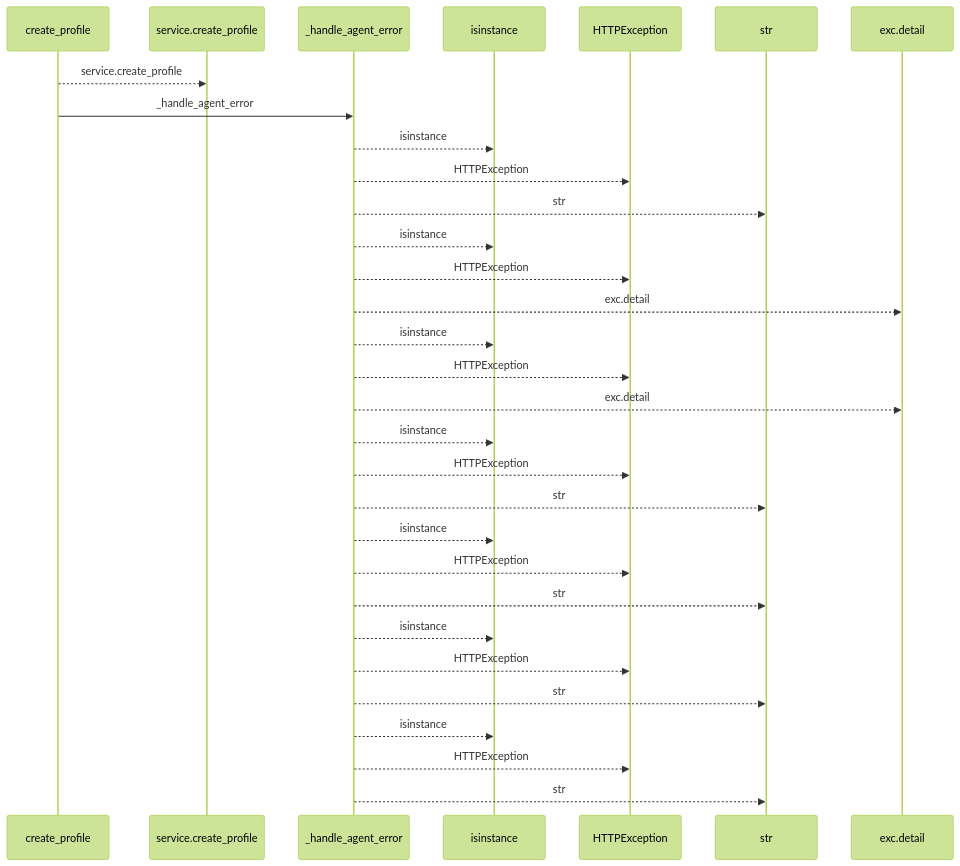
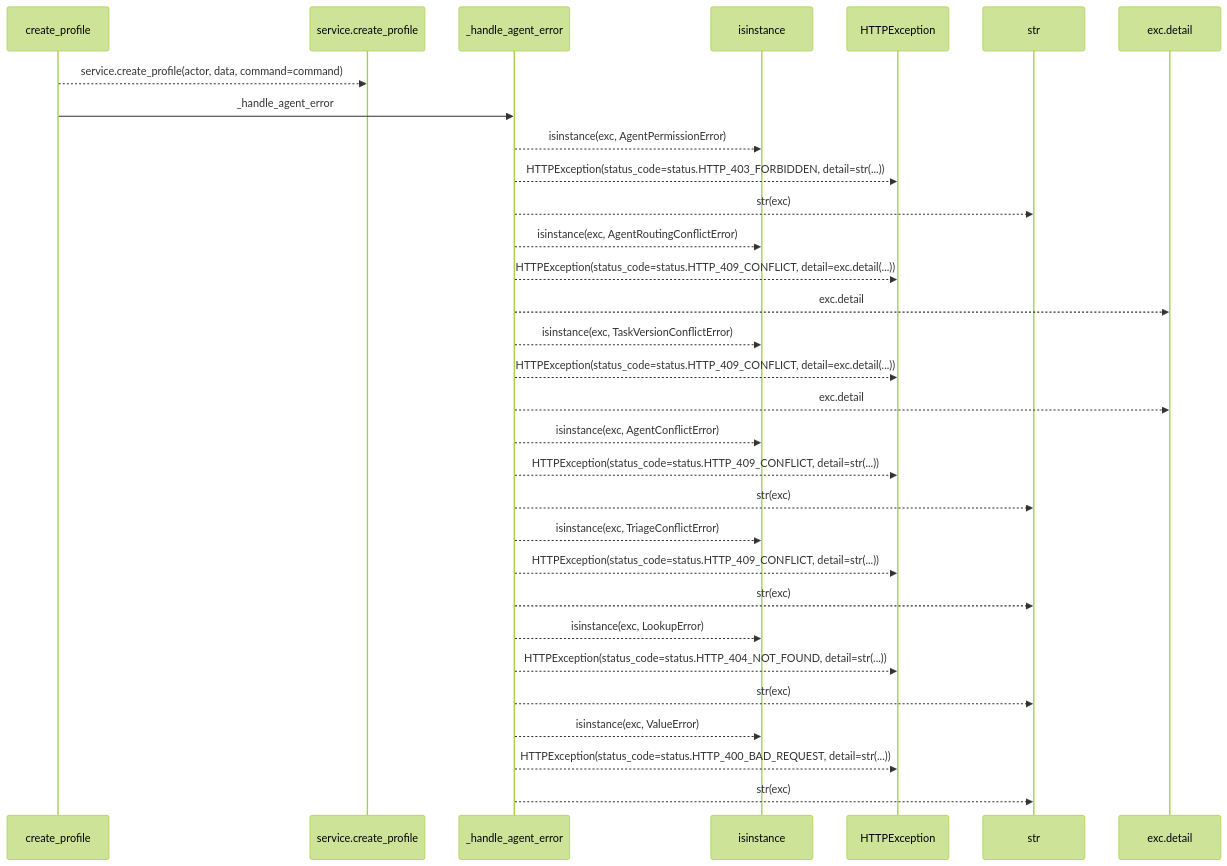
One commit to Denissvgn/WorkChord changed the first of 2 diagrams in docs/llm_wiki/flows/http-create_profile.md. Above: the diagram before and after it, drawn with Mermaid (forest theme). The commit also changed other lines of this file and 25171 other files, not shown here.

````diff
--- a/docs/llm_wiki/flows/http-create_profile.md
+++ b/docs/llm_wiki/flows/http-create_profile.md
@@ -10,33 +12,33 @@
 ```mermaid
 sequenceDiagram
     participant p0 as create_profile
     participant p1 as service.create_profile
     participant p2 as _handle_agent_error
     participant p3 as isinstance
     participant p4 as HTTPException
     participant p5 as str
     participant p6 as exc.detail
-    p0-->>p1: service.create_profile
+    p0-->>p1: service.create_profile(actor, data, command=command)
     p0->>p2: _handle_agent_error
-    p2-->>p3: isinstance
-    p2-->>p4: HTTPException
-    p2-->>p5: str
-    p2-->>p3: isinstance
-    p2-->>p4: HTTPException
+    p2-->>p3: isinstance(exc, AgentPermissionError)
+    p2-->>p4: HTTPException(status_code=status.HTTP_403_FORBIDDEN, detail=str(...))
+    p2-->>p5: str(exc)
+    p2-->>p3: isinstance(exc, AgentRoutingConflictError)
+    p2-->>p4: HTTPException(status_code=status.HTTP_409_CONFLICT, detail=exc.detail(...))
     p2-->>p6: exc.detail
-    p2-->>p3: isinstance
-    p2-->>p4: HTTPException
+    p2-->>p3: isinstance(exc, TaskVersionConflictError)
+    p2-->>p4: HTTPException(status_code=status.HTTP_409_CONFLICT, detail=exc.detail(...))
     p2-->>p6: exc.detail
-    p2-->>p3: isinstance
-    p2-->>p4: HTTPException
-    p2-->>p5: str
-    p2-->>p3: isinstance
-    p2-->>p4: HTTPException
-    p2-->>p5: str
-    p2-->>p3: isinstance
-    p2-->>p4: HTTPException
-    p2-->>p5: str
-    p2-->>p3: isinstance
-    p2-->>p4: HTTPException
-    p2-->>p5: str
+    p2-->>p3: isinstance(exc, AgentConflictError)
+    p2-->>p4: HTTPException(status_code=status.HTTP_409_CONFLICT, detail=str(...))
+    p2-->>p5: str(exc)
+    p2-->>p3: isinstance(exc, TriageConflictError)
+    p2-->>p4: HTTPException(status_code=status.HTTP_409_CONFLICT, detail=str(...))
+    p2-->>p5: str(exc)
+    p2-->>p3: isinstance(exc, LookupError)
+    p2-->>p4: HTTPException(status_code=status.HTTP_404_NOT_FOUND, detail=str(...))
+    p2-->>p5: str(exc)
+    p2-->>p3: isinstance(exc, ValueError)
+    p2-->>p4: HTTPException(status_code=status.HTTP_400_BAD_REQUEST, detail=str(...))
+    p2-->>p5: str(exc)
 ```
````
